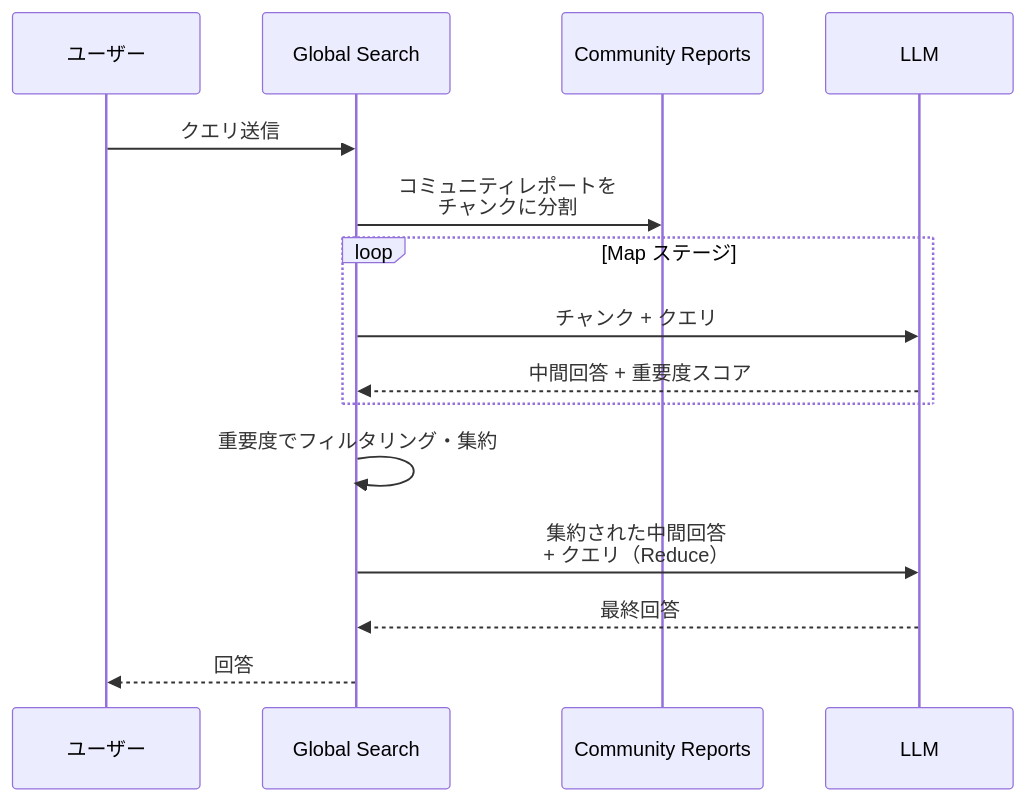
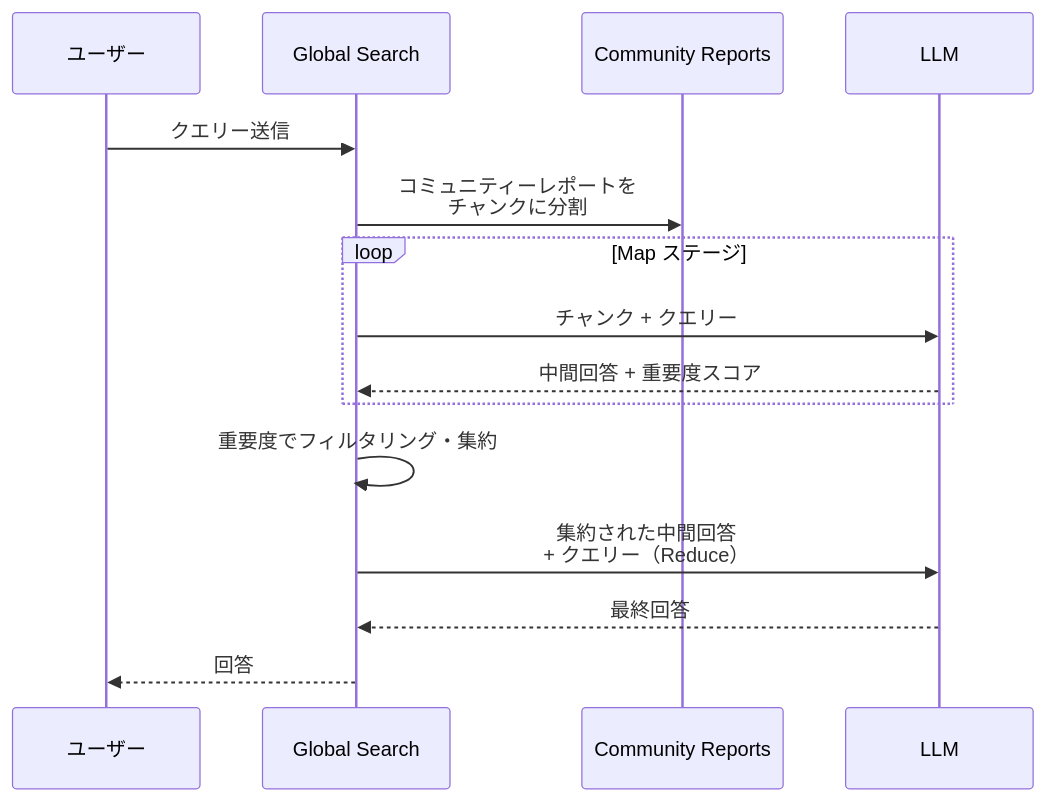
The third of 5 diagrams in content/blog/ja/graphrag.mdx (yoichiozaki/yoichiozaki.github.io), drawn with Mermaid before and after one commit. The commit also changed other lines of this file and 117 other files, not shown here.

````diff
--- a/content/blog/ja/graphrag.mdx
+++ b/content/blog/ja/graphrag.mdx
@@ -238,18 +238,18 @@
 ```mermaid
 sequenceDiagram
     participant U as ユーザー
     participant G as Global Search
     participant CR as Community Reports
     participant LLM as LLM
 
-    U->>G: クエリ送信
-    G->>CR: コミュニティレポートを<br/>チャンクに分割
+    U->>G: クエリー送信
+    G->>CR: コミュニティーレポートを<br/>チャンクに分割
     loop Map ステージ
-        G->>LLM: チャンク + クエリ
+        G->>LLM: チャンク + クエリー
         LLM-->>G: 中間回答 + 重要度スコア
     end
     G->>G: 重要度でフィルタリング・集約
-    G->>LLM: 集約された中間回答<br/>+ クエリ（Reduce）
+    G->>LLM: 集約された中間回答<br/>+ クエリー（Reduce）
     LLM-->>G: 最終回答
     G-->>U: 回答
 ```
````
